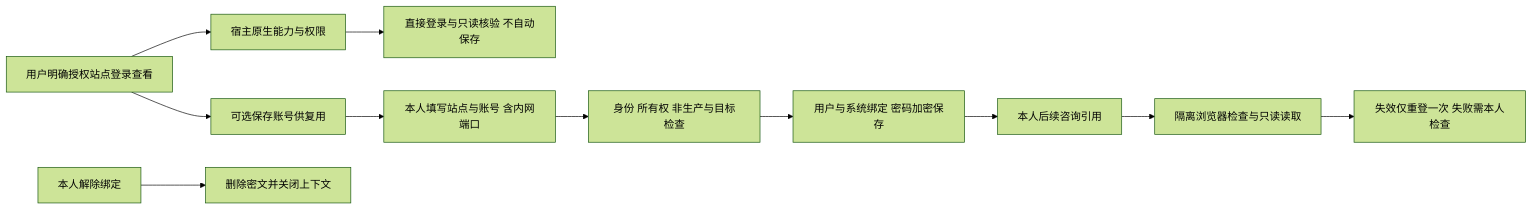
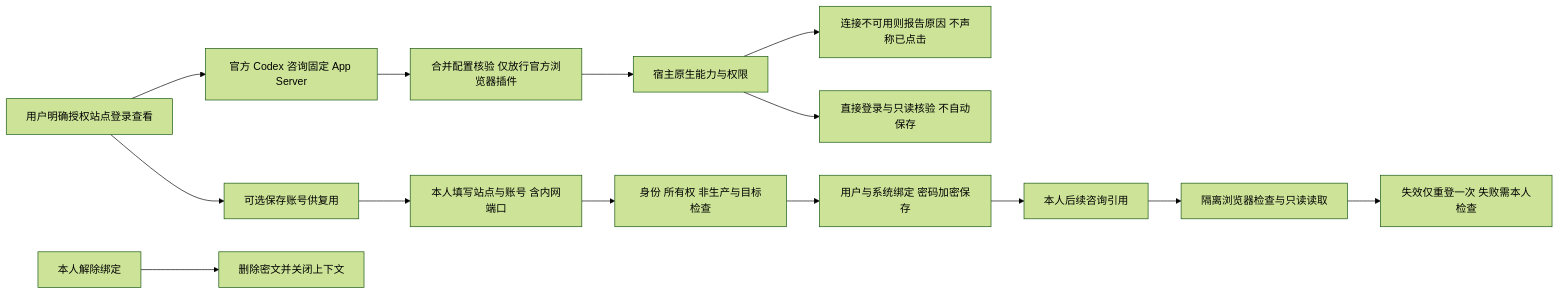
Diagram 47 of 51 in docs/ai-coding-architecture.md (exception-coder/kai-toolbox), drawn with Mermaid (forest theme) before and after one commit. The commit also changed other lines of this file and 8 other files, not shown here.

````diff
--- a/docs/ai-coding-architecture.md
+++ b/docs/ai-coding-architecture.md
@@ -1198,13 +1200,16 @@
 ```mermaid
 flowchart LR
-  N[用户明确授权站点登录查看] --> H[宿主原生能力与权限]
+  N[用户明确授权站点登录查看] --> AS[官方 Codex 咨询固定 App Server]
+  AS --> P[合并配置核验 仅放行官方浏览器插件]
+  P --> H[宿主原生能力与权限]
+  H --> XH[连接不可用则报告原因 不声称已点击]
   H --> V[直接登录与只读核验 不自动保存]
   N --> O[可选保存账号供复用]
   O --> U[本人填写站点与账号 含内网端口]
   U --> A[身份 所有权 非生产与目标检查]
   A --> M[用户与系统绑定 密码加密保存]
   M --> R[本人后续咨询引用]
   R --> W[隔离浏览器检查与只读读取]
   W --> E[失效仅重登一次 失败需本人检查]
   X[本人解除绑定] --> C[删除密文并关闭上下文]
 ```
````
